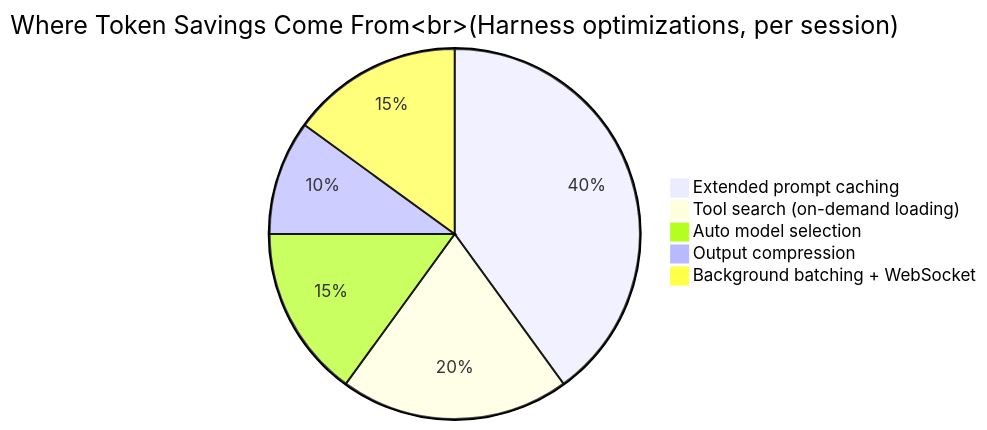
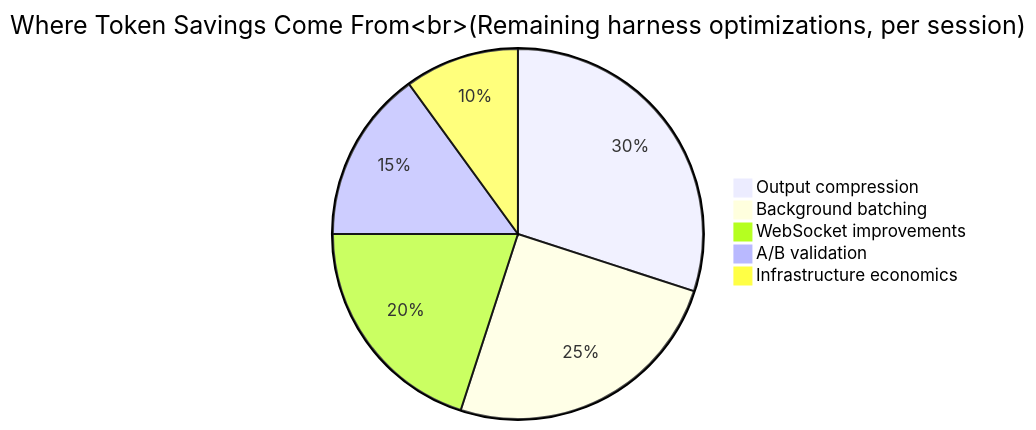
Before and after one commit to dandahprecio/vibe-on-budget: the third of 3 diagrams in token-economy-course/src/content/docs/en/09-under-the-hood.mdx, drawn with Mermaid. The commit also changed other lines of this file and 23 other files, not shown here.

````diff
--- a/token-economy-course/src/content/docs/en/09-under-the-hood.mdx
+++ b/token-economy-course/src/content/docs/en/09-under-the-hood.mdx
@@ -317,8 +202,8 @@
 ```mermaid
-pie title Where Token Savings Come From<br/>(Harness optimizations, per session)
-    "Extended prompt caching" : 40
-    "Tool search (on-demand loading)" : 20
-    "Auto model selection" : 15
-    "Output compression" : 10
-    "Background batching + WebSocket" : 15
+pie title Where Token Savings Come From<br/>(Remaining harness optimizations, per session)
+    "Output compression" : 30
+    "Background batching" : 25
+    "WebSocket improvements" : 20
+    "A/B validation" : 15
+    "Infrastructure economics" : 10
 ```
````
